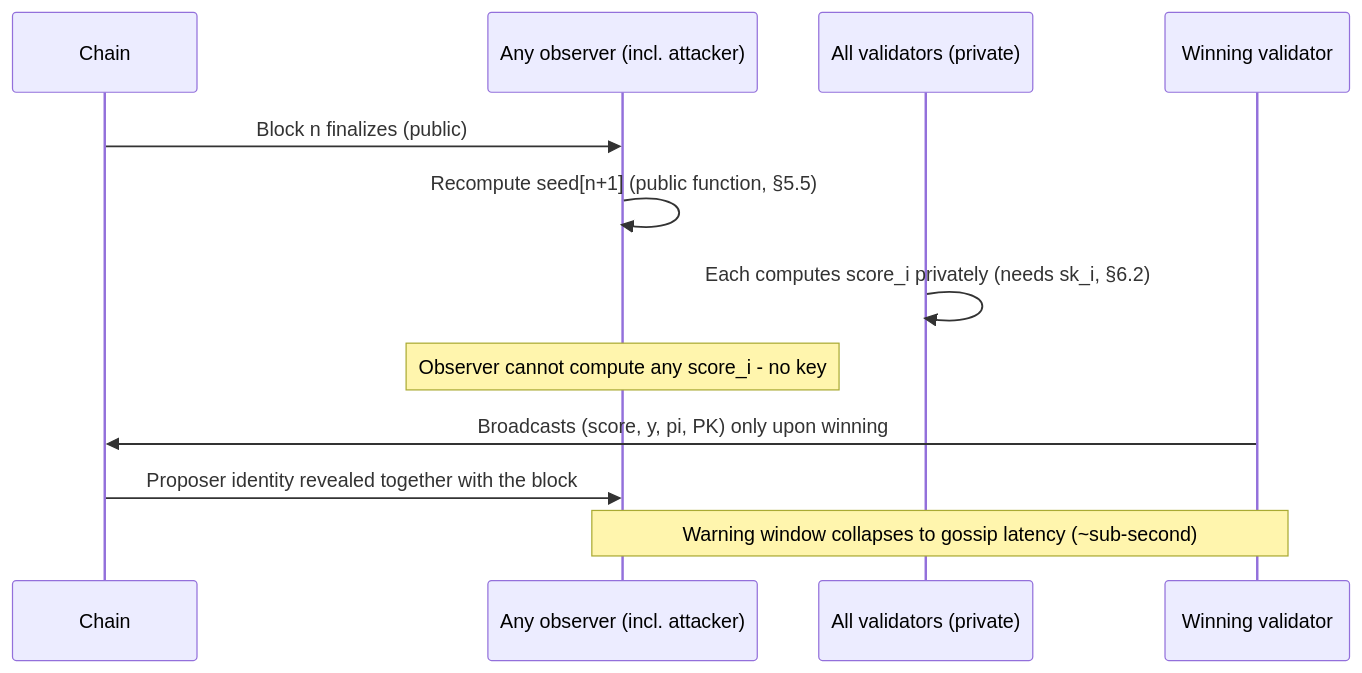
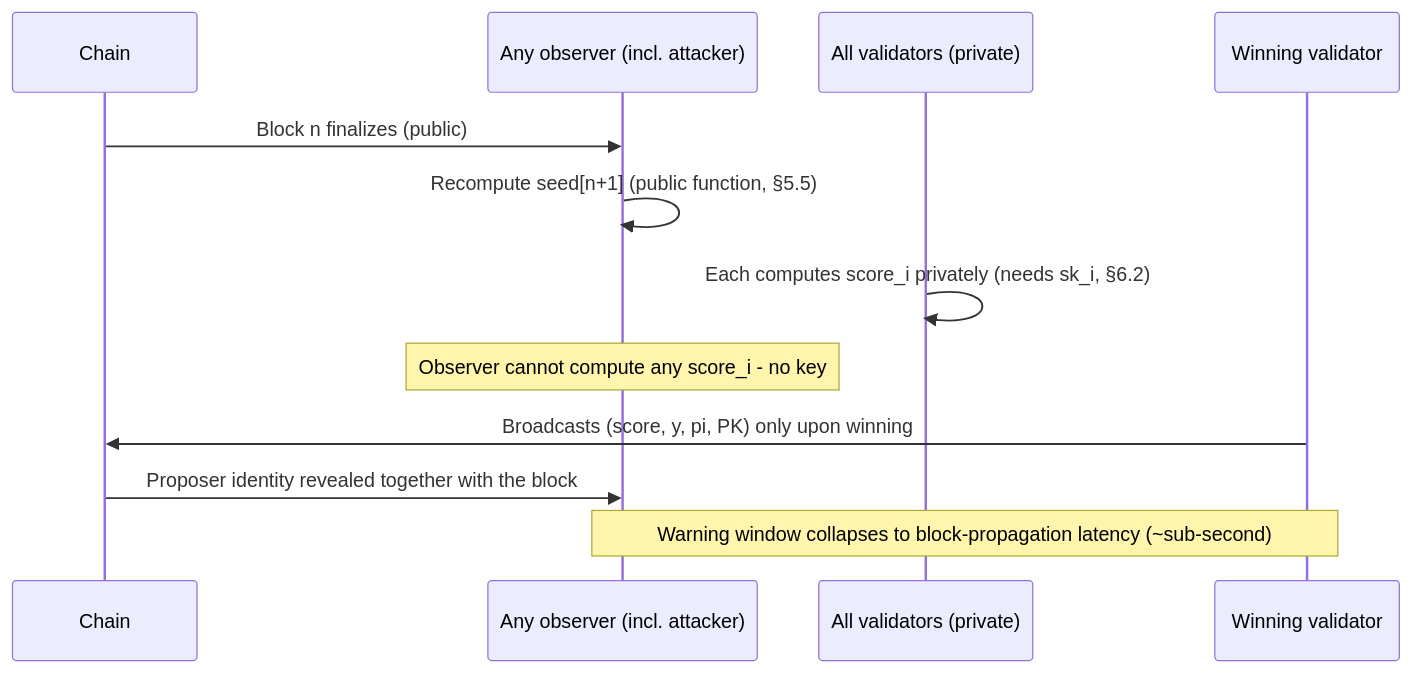
Before and after one commit to FeMattu/multichain: the third of 5 diagrams in src/wpoa/docs/thesis-project-overview.md, drawn with Mermaid. The commit also changed 8 other files, not shown here.

````diff
--- a/src/wpoa/docs/thesis-project-overview.md
+++ b/src/wpoa/docs/thesis-project-overview.md
@@ -612,15 +612,15 @@
 ```mermaid
 sequenceDiagram
     participant Chain
     participant AnyObserver as Any observer (incl. attacker)
     participant Validators as All validators (private)
     participant Winner as Winning validator
 
     Chain->>AnyObserver: Block n finalizes (public)
     AnyObserver->>AnyObserver: Recompute seed[n+1] (public function, §5.5)
     Validators->>Validators: Each computes score_i privately (needs sk_i, §6.2)
     Note over AnyObserver: Observer cannot compute any score_i - no key
     Winner->>Chain: Broadcasts (score, y, pi, PK) only upon winning
     Chain->>AnyObserver: Proposer identity revealed together with the block
-    Note over AnyObserver,Winner: Warning window collapses to gossip latency (~sub-second)
+    Note over AnyObserver,Winner: Warning window collapses to block-propagation latency (~sub-second)
 ```
````
